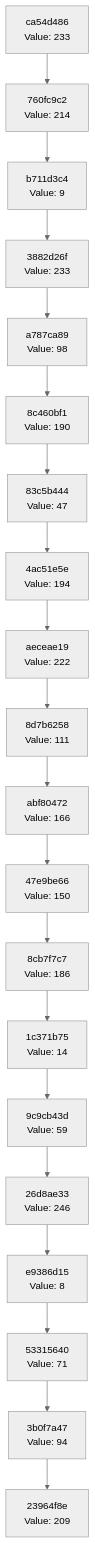
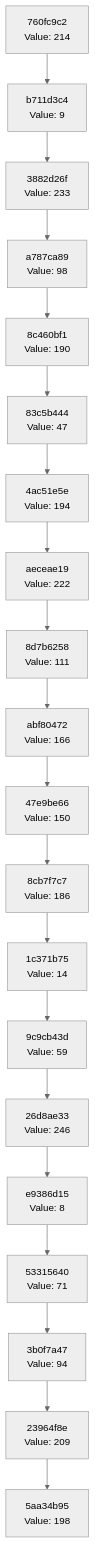
One commit to Abhisheksinha1506/hash-chain-evolver changed the diagram in docs/CHAIN_VISUALIZATION.md. Above: the diagram before and after it, drawn with Mermaid (neutral theme). The commit also changed 3 other files, not shown here.

````diff
--- a/docs/CHAIN_VISUALIZATION.md
+++ b/docs/CHAIN_VISUALIZATION.md
@@ -3,42 +3,42 @@
 ```mermaid
 graph TD
-    C0["23964f8e<br/>Value: 209"]
-    C1["3b0f7a47<br/>Value: 94"]
+    C0["5aa34b95<br/>Value: 198"]
+    C1["23964f8e<br/>Value: 209"]
     C1 --> C0
-    C2["53315640<br/>Value: 71"]
+    C2["3b0f7a47<br/>Value: 94"]
     C2 --> C1
-    C3["e9386d15<br/>Value: 8"]
+    C3["53315640<br/>Value: 71"]
     C3 --> C2
-    C4["26d8ae33<br/>Value: 246"]
+    C4["e9386d15<br/>Value: 8"]
     C4 --> C3
-    C5["9c9cb43d<br/>Value: 59"]
+    C5["26d8ae33<br/>Value: 246"]
     C5 --> C4
-    C6["1c371b75<br/>Value: 14"]
+    C6["9c9cb43d<br/>Value: 59"]
     C6 --> C5
-    C7["8cb7f7c7<br/>Value: 186"]
+    C7["1c371b75<br/>Value: 14"]
     C7 --> C6
-    C8["47e9be66<br/>Value: 150"]
+    C8["8cb7f7c7<br/>Value: 186"]
     C8 --> C7
-    C9["abf80472<br/>Value: 166"]
+    C9["47e9be66<br/>Value: 150"]
     C9 --> C8
-    C10["8d7b6258<br/>Value: 111"]
+    C10["abf80472<br/>Value: 166"]
     C10 --> C9
-    C11["aeceae19<br/>Value: 222"]
+    C11["8d7b6258<br/>Value: 111"]
     C11 --> C10
-    C12["4ac51e5e<br/>Value: 194"]
+    C12["aeceae19<br/>Value: 222"]
     C12 --> C11
-    C13["83c5b444<br/>Value: 47"]
+    C13["4ac51e5e<br/>Value: 194"]
     C13 --> C12
-    C14["8c460bf1<br/>Value: 190"]
+    C14["83c5b444<br/>Value: 47"]
     C14 --> C13
-    C15["a787ca89<br/>Value: 98"]
+    C15["8c460bf1<br/>Value: 190"]
     C15 --> C14
-    C16["3882d26f<br/>Value: 233"]
+    C16["a787ca89<br/>Value: 98"]
     C16 --> C15
-    C17["b711d3c4<br/>Value: 9"]
+    C17["3882d26f<br/>Value: 233"]
     C17 --> C16
-    C18["760fc9c2<br/>Value: 214"]
+    C18["b711d3c4<br/>Value: 9"]
     C18 --> C17
-    C19["ca54d486<br/>Value: 233"]
+    C19["760fc9c2<br/>Value: 214"]
     C19 --> C18
 ```
````
